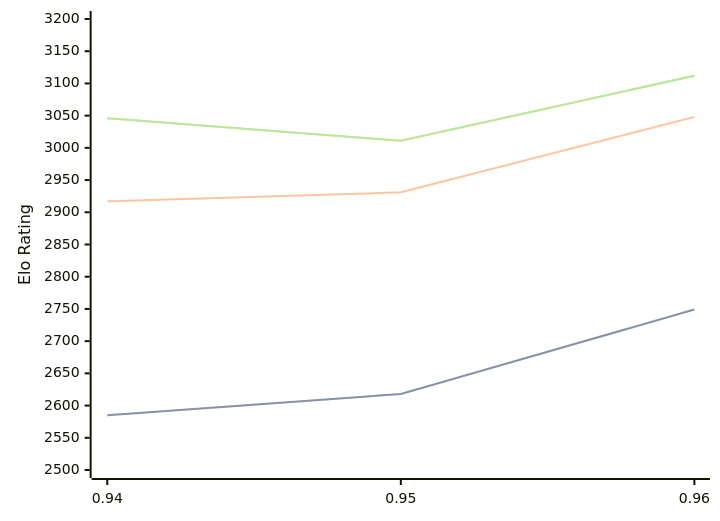
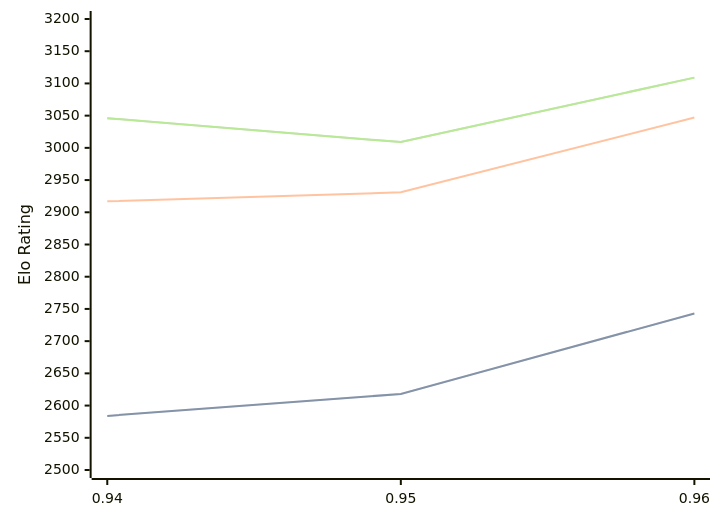
Before and after one commit to computer-chess-index/cci: the first of 3 diagrams in engines/Myrddin.md, drawn with Mermaid. The commit also changed other lines of this file, not shown here.

Commit message:
Update CCI Ratings (ELO VLTC) - 2026-06-27

````diff
--- a/engines/Myrddin.md
+++ b/engines/Myrddin.md
@@ -38,11 +38,11 @@
 ```mermaid
 %%{init: {"theme":"base","themeVariables":{"seriesColors:['#a3a3a3','#222221','#faa371']}}}%%
 xychart-beta
   x-axis ["0.94", "0.95", "0.96"]
   y-axis "Elo Rating" 2500 --> 3200
-  line "STC (8.0+0.08s)" [2585, 2618, 2749]
-  line "STC (8.0+0.08s)" [2585, 2618, 2749]
-  line "LTC (60.0+0.60s)" [2917, 2931, 3048]
-  line "VLTC (2m24s+1.12s)" [3046, 3011, 3112]
-  line "VLTC (2m24s+1.12s)" [3046, 3011, 3112]
+  line "STC (8.0+0.08s)" [2584, 2618, 2743]
+  line "STC (8.0+0.08s)" [2584, 2618, 2743]
+  line "LTC (60.0+0.60s)" [2917, 2931, 3047]
+  line "VLTC (2m24s+1.12s)" [3046, 3009, 3109]
+  line "VLTC (2m24s+1.12s)" [3046, 3009, 3109]
 ```
````
